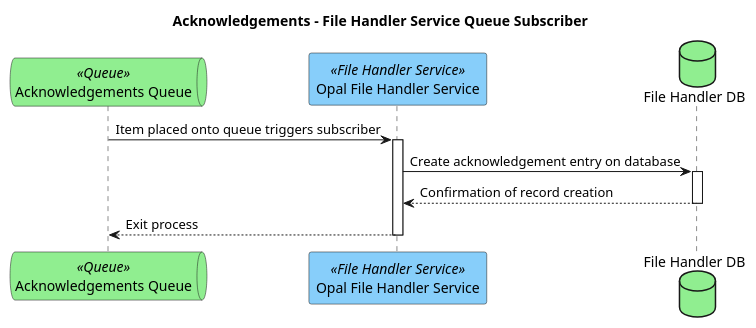
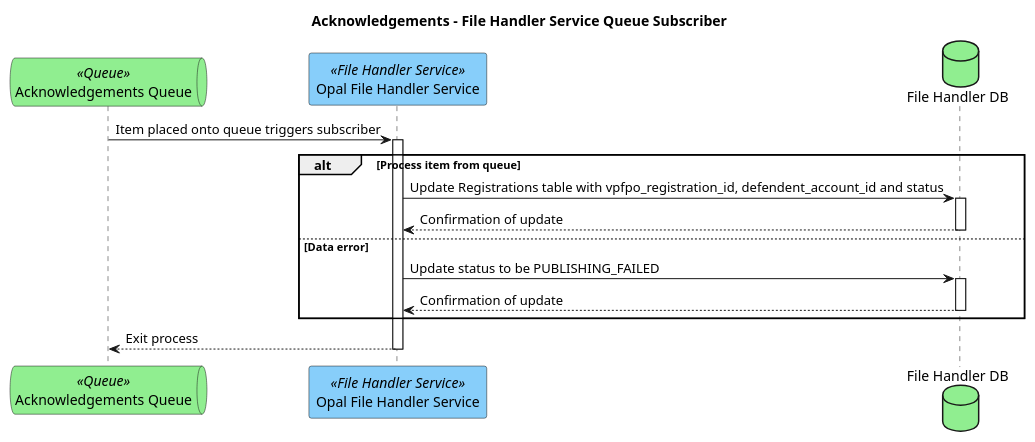
One commit to hmcts/opal-docs changed the diagram in plantUML/external-interfaces/acknowledgements-file-handler-sub.puml. Above: the diagram before and after it, drawn with PlantUML. The commit also changed 3 other files, not shown here.

Commit message:
Updating EI9 E2E diagrams with Ben E's comments

```diff
--- a/plantUML/external-interfaces/acknowledgements-file-handler-sub.puml
+++ b/plantUML/external-interfaces/acknowledgements-file-handler-sub.puml
@@ -1,11 +1,16 @@
 @startuml
 title Acknowledgements - File Handler Service Queue Subscriber
 queue "Acknowledgements Queue" as acknowledgementsQueue <<Queue>> #lightgreen
 participant "Opal File Handler Service" as fileHandlerService <<File Handler Service>> #LightSkyBlue
 database "File Handler DB" as fileHandlerDb #lightgreen
 
 acknowledgementsQueue -> fileHandlerService ++ : Item placed onto queue triggers subscriber
-fileHandlerService -> fileHandlerDb ++ : Create acknowledgement entry on database
-fileHandlerDb --> fileHandlerService -- : Confirmation of record creation
+alt Process item from queue
+fileHandlerService -> fileHandlerDb ++ : Update Registrations table with vpfpo_registration_id, defendent_account_id and status
+fileHandlerDb --> fileHandlerService -- : Confirmation of update
+else Data error
+fileHandlerService -> fileHandlerDb ++ : Update status to be PUBLISHING_FAILED
+fileHandlerDb --> fileHandlerService -- : Confirmation of update
+end
 fileHandlerService --> acknowledgementsQueue -- : Exit process
 @enduml
```
